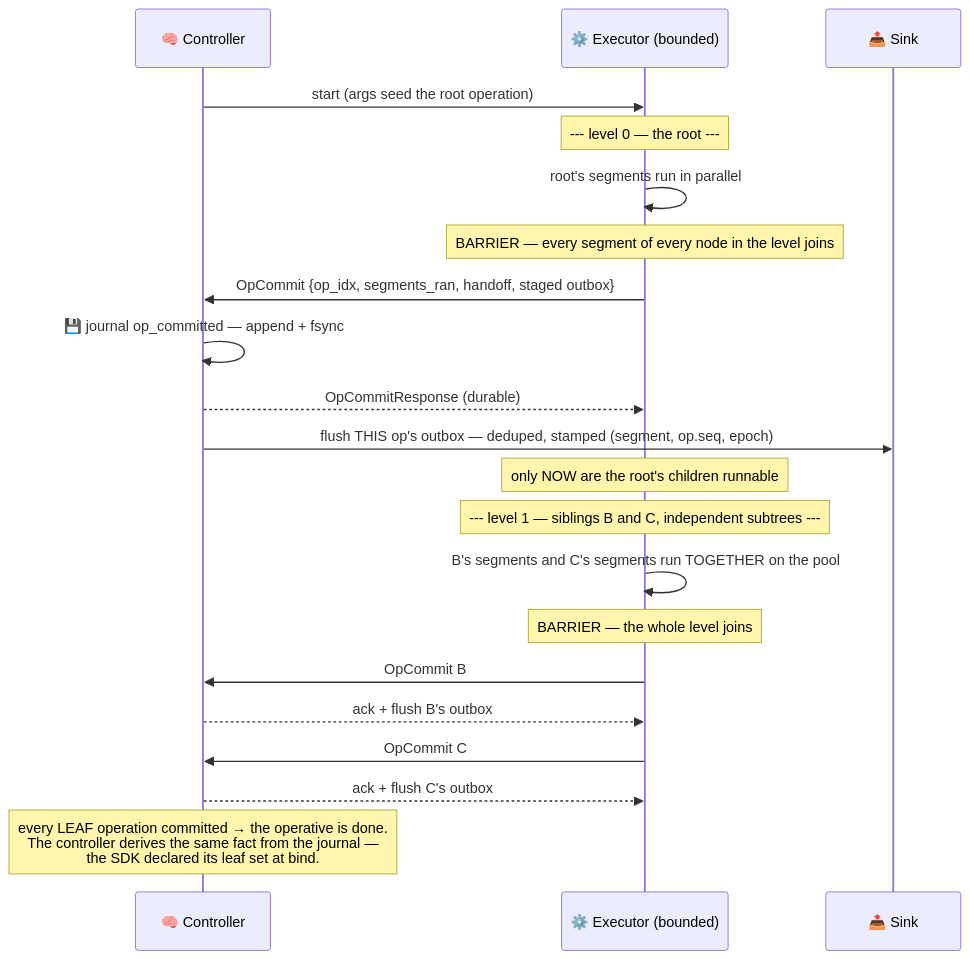
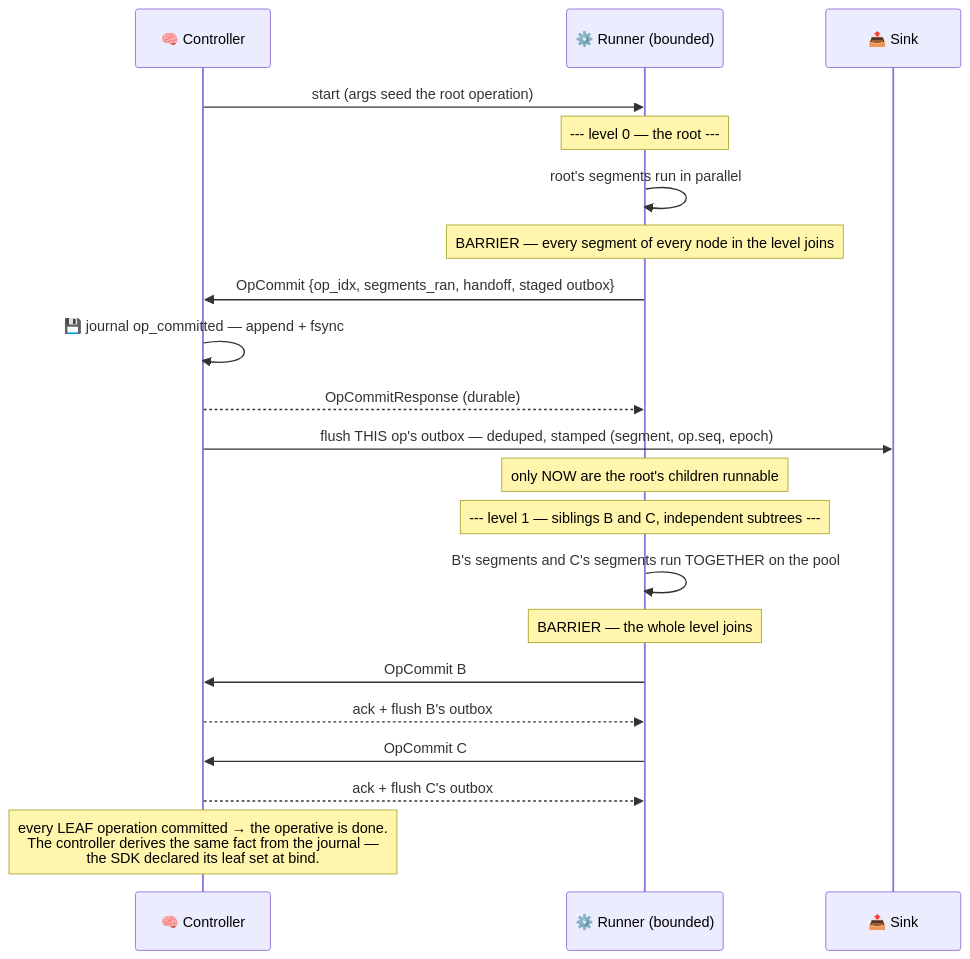
The second of 8 diagrams in docs/architecture/bounded_profile.md (Flezha/flezha), drawn with Mermaid before and after one commit. The commit also changed other lines of this file and 535 other files, not shown here.

````diff
--- a/docs/architecture/bounded_profile.md
+++ b/docs/architecture/bounded_profile.md
@@ -103,25 +103,25 @@
 ```mermaid
 sequenceDiagram
     participant CTRL as 🧠 Controller
-    participant EX as ⚙️ Executor (bounded)
+    participant EX as ⚙️ Runner (bounded)
     participant SINK as 📤 Sink
 
     CTRL->>EX: start (args seed the root operation)
     Note over EX: --- level 0 — the root ---
     EX->>EX: root's segments run in parallel
     Note over EX: BARRIER — every segment of every node in the level joins
     EX->>CTRL: OpCommit {op_idx, segments_ran, handoff, staged outbox}
     CTRL->>CTRL: 💾 journal op_committed — append + fsync
     CTRL-->>EX: OpCommitResponse (durable)
     CTRL->>SINK: flush THIS op's outbox — deduped, stamped (segment, op.seq, epoch)
     Note over EX: only NOW are the root's children runnable
 
     Note over EX: --- level 1 — siblings B and C, independent subtrees ---
     EX->>EX: B's segments and C's segments run TOGETHER on the pool
     Note over EX: BARRIER — the whole level joins
     EX->>CTRL: OpCommit B
     CTRL-->>EX: ack + flush B's outbox
     EX->>CTRL: OpCommit C
     CTRL-->>EX: ack + flush C's outbox
     Note over CTRL: every LEAF operation committed → the operative is done.<br/>The controller derives the same fact from the journal —<br/>the SDK declared its leaf set at bind.
 ```
````
